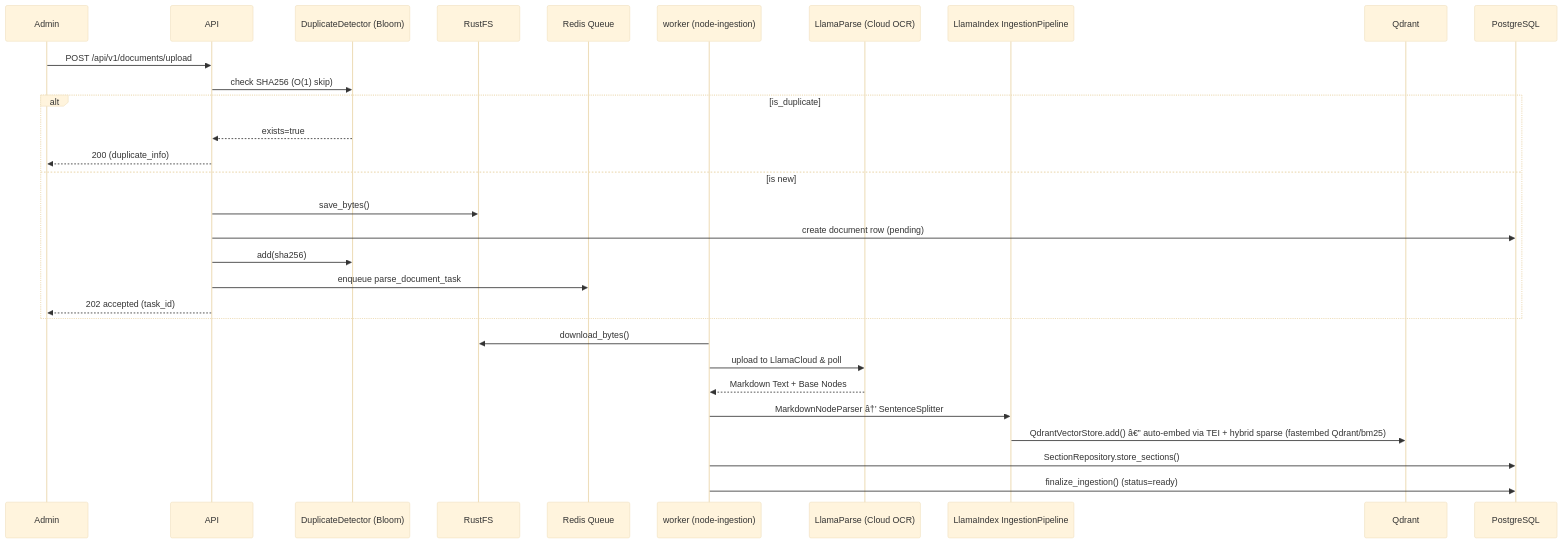
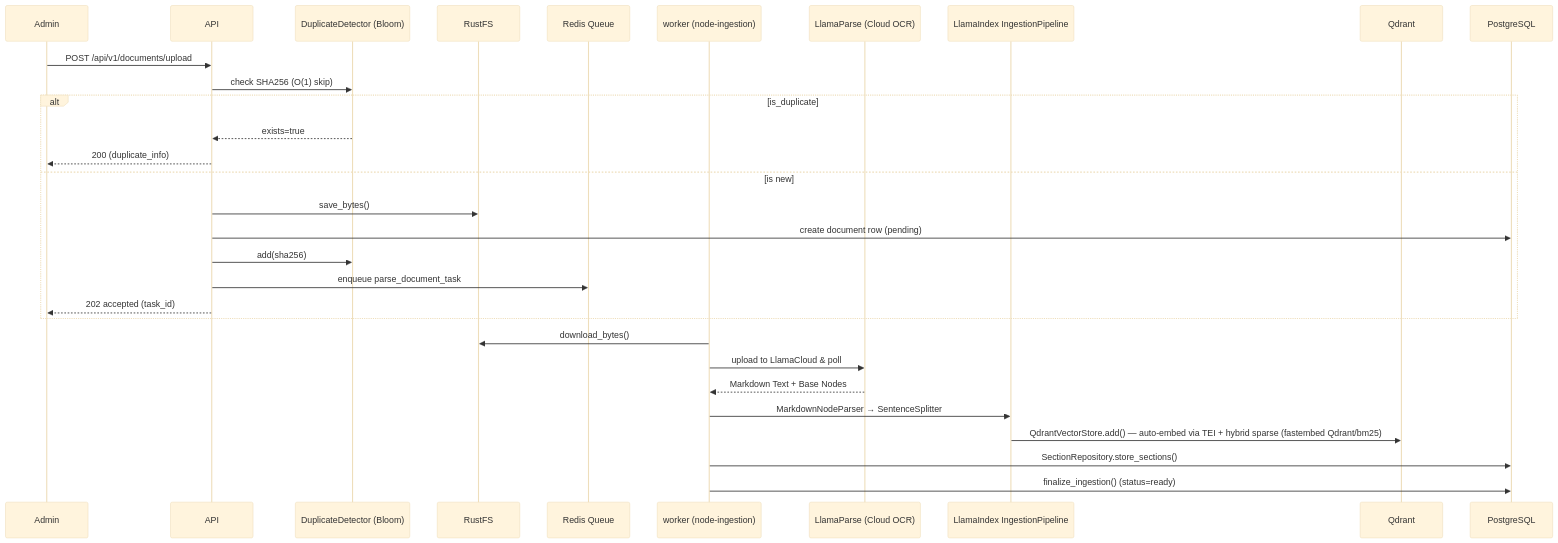
The first of 2 diagrams in docs/2.1_WORKFLOWS_INGESTION.md (qtuanph/chatbot-rag), drawn with Mermaid (base theme) before and after one commit. The commit also changed other lines of this file and 33 other files, not shown here.

Commit message:
fix: stabilize ingestion/chat flows and analytics tracking

````diff
--- a/docs/2.1_WORKFLOWS_INGESTION.md
+++ b/docs/2.1_WORKFLOWS_INGESTION.md
@@ -5,34 +5,34 @@
 ```mermaid
 sequenceDiagram
     participant Admin
     participant API
     participant Bloom as DuplicateDetector (Bloom)
     participant Storage as RustFS
     participant Queue as Redis Queue
     participant Worker as worker (node-ingestion)
     participant Parser as LlamaParse (Cloud OCR)
     participant LiPipeline as LlamaIndex IngestionPipeline
     participant Qdrant
     participant DB as PostgreSQL
 
     Admin->>API: POST /api/v1/documents/upload
     API->>Bloom: check SHA256 (O(1) skip)
     alt is_duplicate
         Bloom-->>API: exists=true
         API-->>Admin: 200 (duplicate_info)
     else is new
         API->>Storage: save_bytes()
         API->>DB: create document row (pending)
         API->>Bloom: add(sha256)
         API->>Queue: enqueue parse_document_task
         API-->>Admin: 202 accepted (task_id)
     end
 
     Worker->>Storage: download_bytes()
     Worker->>Parser: upload to LlamaCloud & poll
     Parser-->>Worker: Markdown Text + Base Nodes
-    Worker->>LiPipeline: MarkdownNodeParser â†’ SentenceSplitter
-    LiPipeline->>Qdrant: QdrantVectorStore.add() â€” auto-embed via TEI + hybrid sparse (fastembed Qdrant/bm25)
+    Worker->>LiPipeline: MarkdownNodeParser → SentenceSplitter
+    LiPipeline->>Qdrant: QdrantVectorStore.add() — auto-embed via TEI + hybrid sparse (fastembed Qdrant/bm25)
     Worker->>DB: SectionRepository.store_sections()
     Worker->>DB: finalize_ingestion() (status=ready)
 ```
````
